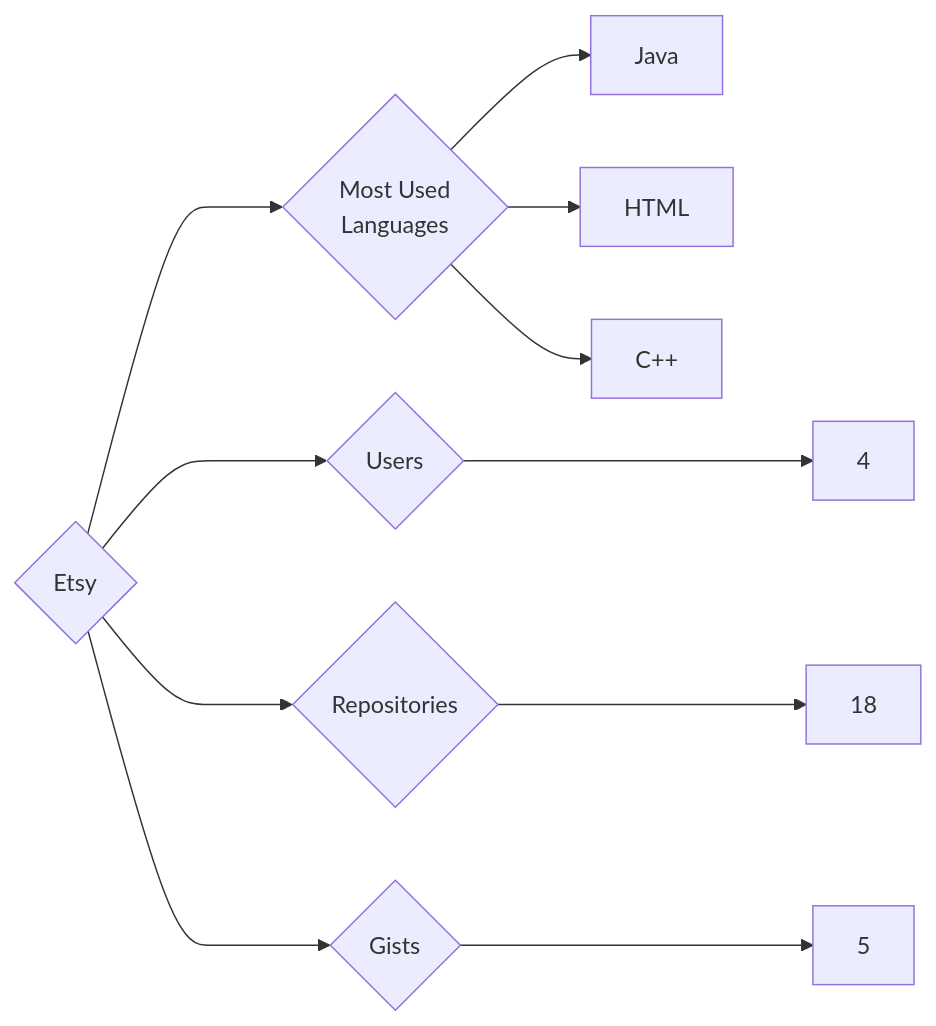
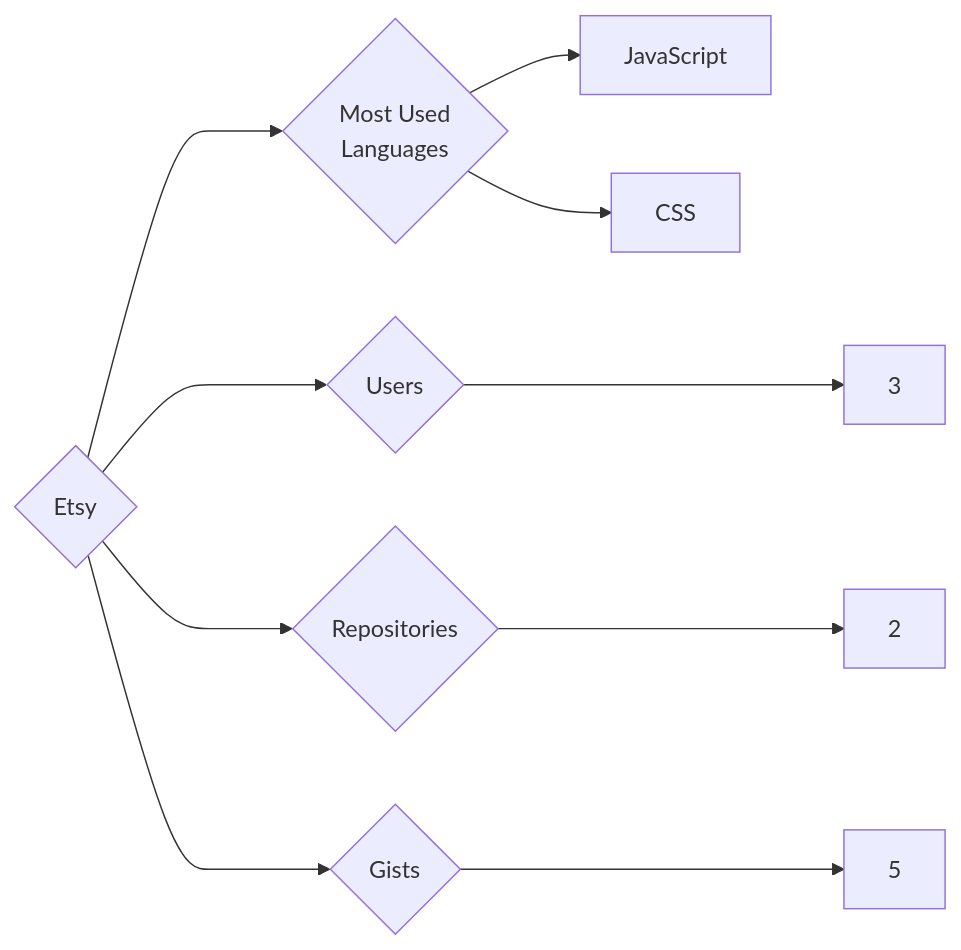
The diagram in targets/Etsy/README.md (trickest/insiders), drawn with Mermaid before and after one commit. The commit also changed 1170 other files, not shown here.

````diff
--- a/targets/Etsy/README.md
+++ b/targets/Etsy/README.md
@@ -3,11 +3,10 @@
 ```mermaid
 graph LR
 COMPANY_NAME{Etsy}
-COMPANY_NAME ---> U{Users} ---> UN[4]
-COMPANY_NAME ---> R{Repositories} ---> RN[18]
+COMPANY_NAME ---> U{Users} ---> UN[3]
+COMPANY_NAME ---> R{Repositories} ---> RN[2]
 COMPANY_NAME ---> G{Gists} ---> GN[5]
 COMPANY_NAME ---> ML{Most Used<br>Languages}
-ML --> Java[Java]
-ML --> HTML[HTML]
-ML --> C++[C++]
+ML --> JavaScript[JavaScript]
+ML --> CSS[CSS]
 ```
````
